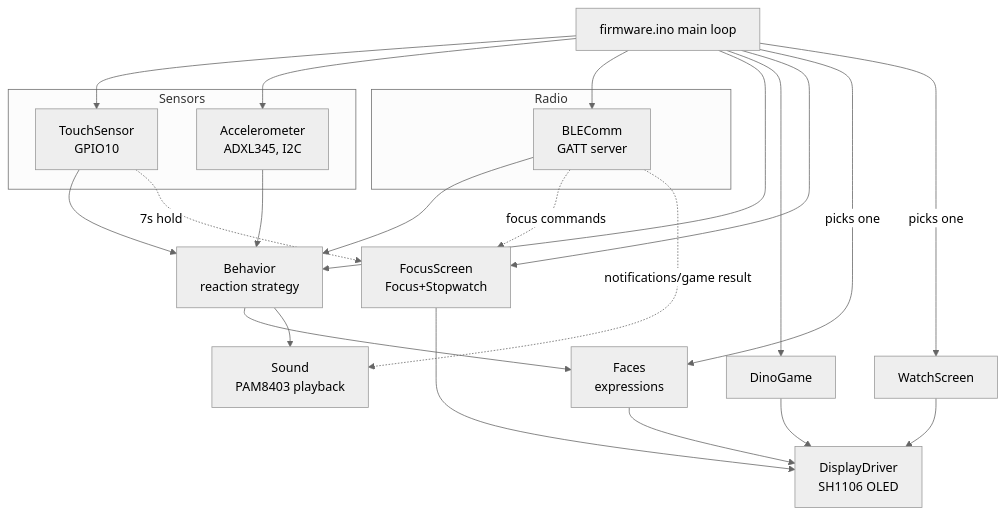
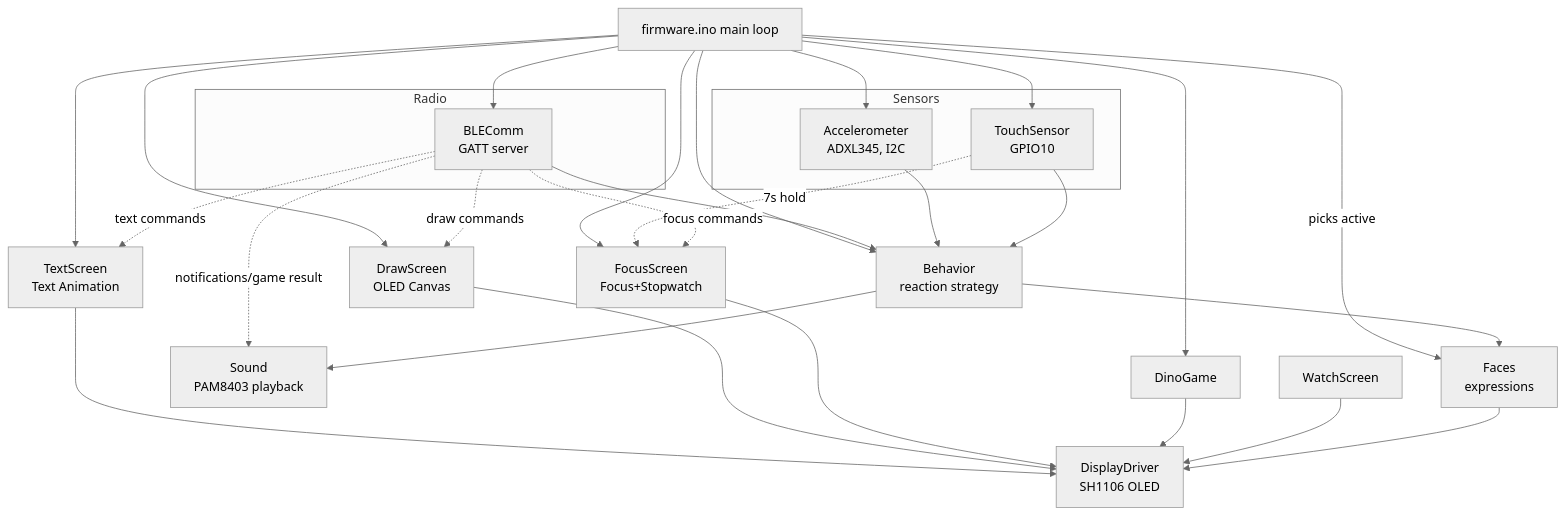
The diagram in README.md (ahlam26824/ROBOZAPIUBOT), drawn with Mermaid (neutral theme) before and after one commit. The commit also changed other lines of this file and 13 other files, not shown here.

Commit message:
Add OLED Draw Canvas and Custom Text Sequence Animation across firmware, Flutter app, PC software, and docs

````diff
--- a/README.md
+++ b/README.md
@@ -245,33 +188,38 @@
 ```mermaid
 graph TB
     subgraph Sensors
         TS[TouchSensor<br/>GPIO10]
         ACC[Accelerometer<br/>ADXL345, I2C]
     end
 
     subgraph Radio
         BLE[BLEComm<br/>GATT server]
     end
 
     TS --> BEH[Behavior<br/>reaction strategy]
     ACC --> BEH
     BLE --> BEH
     BEH --> FACES[Faces<br/>expressions]
     BEH --> SND[Sound<br/>PAM8403 playback]
     FACES --> DISP[DisplayDriver<br/>SH1106 OLED]
     WATCH[WatchScreen] --> DISP
     GAME[DinoGame] --> DISP
     FOCUS[FocusScreen<br/>Focus+Stopwatch] --> DISP
+    DRAW[DrawScreen<br/>OLED Canvas] --> DISP
+    TEXT[TextScreen<br/>Text Animation] --> DISP
+    BLE -.draw commands.-> DRAW
+    BLE -.text commands.-> TEXT
     BLE -.focus commands.-> FOCUS
     TS -.7s hold.-> FOCUS
     BLE -.notifications/game result.-> SND
 
     MAIN[firmware.ino main loop] --> TS
     MAIN --> ACC
     MAIN --> BLE
     MAIN --> BEH
     MAIN --> GAME
     MAIN --> FOCUS
-    MAIN -->|picks one| FACES
-    MAIN -->|picks one| WATCH
+    MAIN --> DRAW
+    MAIN --> TEXT
+    MAIN -->|picks active| FACES
 ```
````
